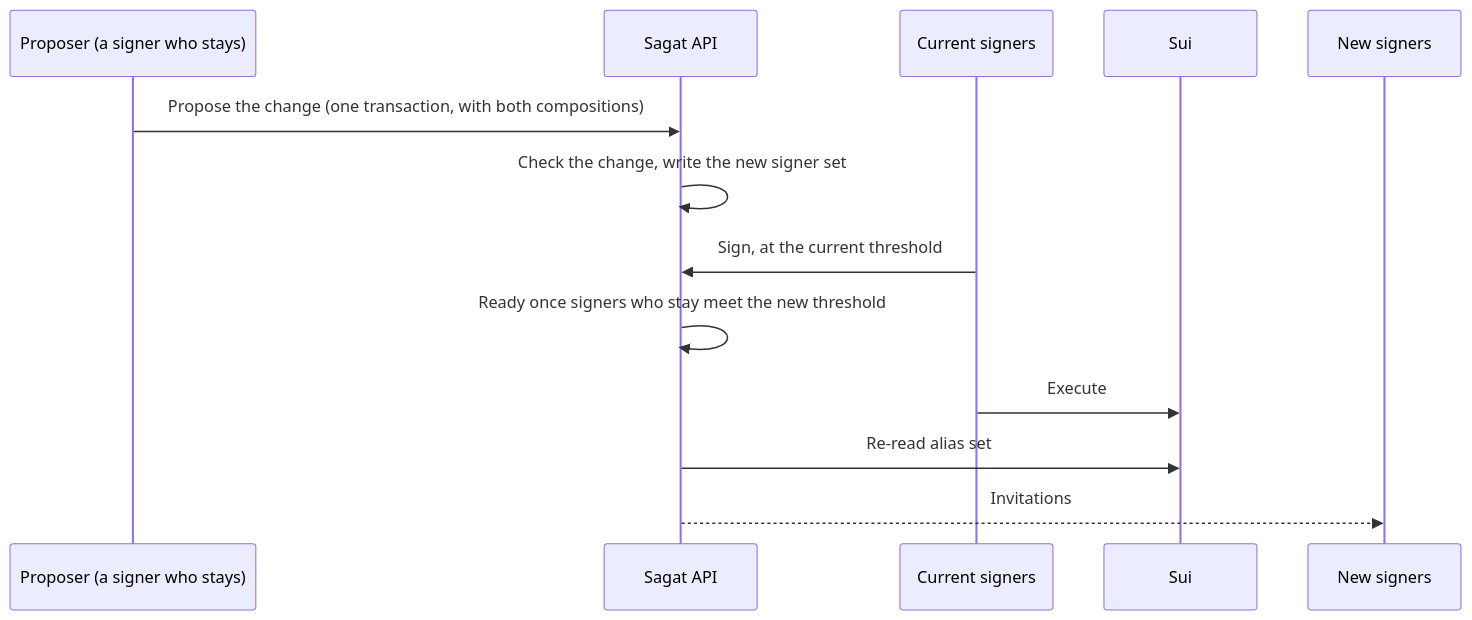
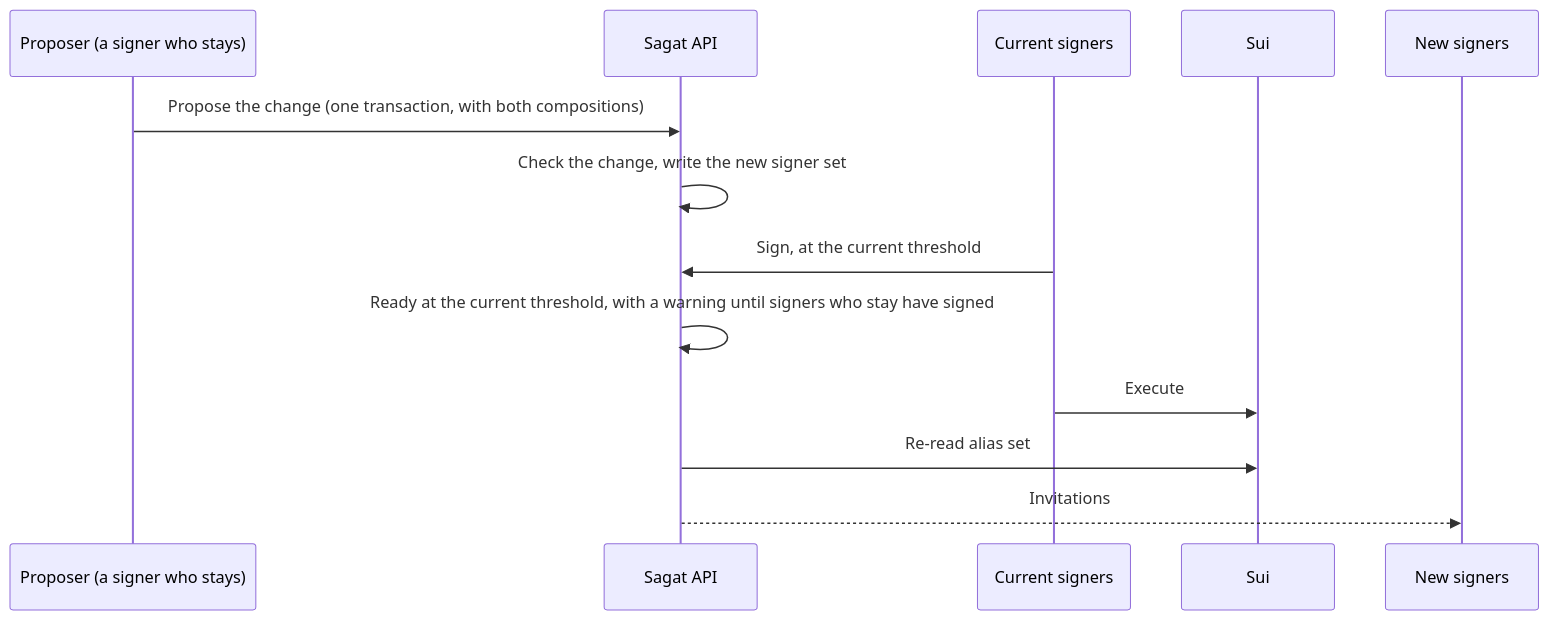
The diagram in design/account-rotation.md (MystenLabs/sagat), drawn with Mermaid before and after one commit. The commit also changed other lines of this file, not shown here.

Commit message:
docs: Say a signer change is ready at the old set's threshold in the design's summary and diagram

````diff
--- a/design/account-rotation.md
+++ b/design/account-rotation.md
@@ -166,16 +166,16 @@
 ```mermaid
 sequenceDiagram
     participant P as Proposer (a signer who stays)
     participant A as Sagat API
     participant O as Current signers
     participant C as Sui
     participant N as New signers
 
     P->>A: Propose the change (one transaction, with both compositions)
     A->>A: Check the change, write the new signer set
     O->>A: Sign, at the current threshold
-    A->>A: Ready once signers who stay meet the new threshold
+    A->>A: Ready at the current threshold, with a warning until signers who stay have signed
     O->>C: Execute
     A->>C: Re-read alias set
     A-->>N: Invitations
 ```
````
